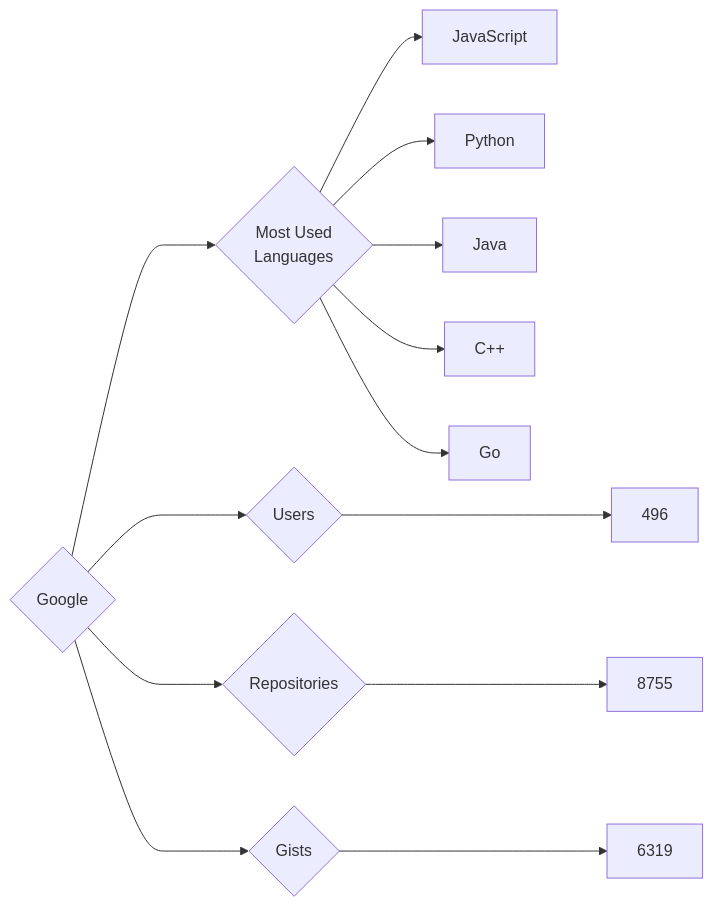
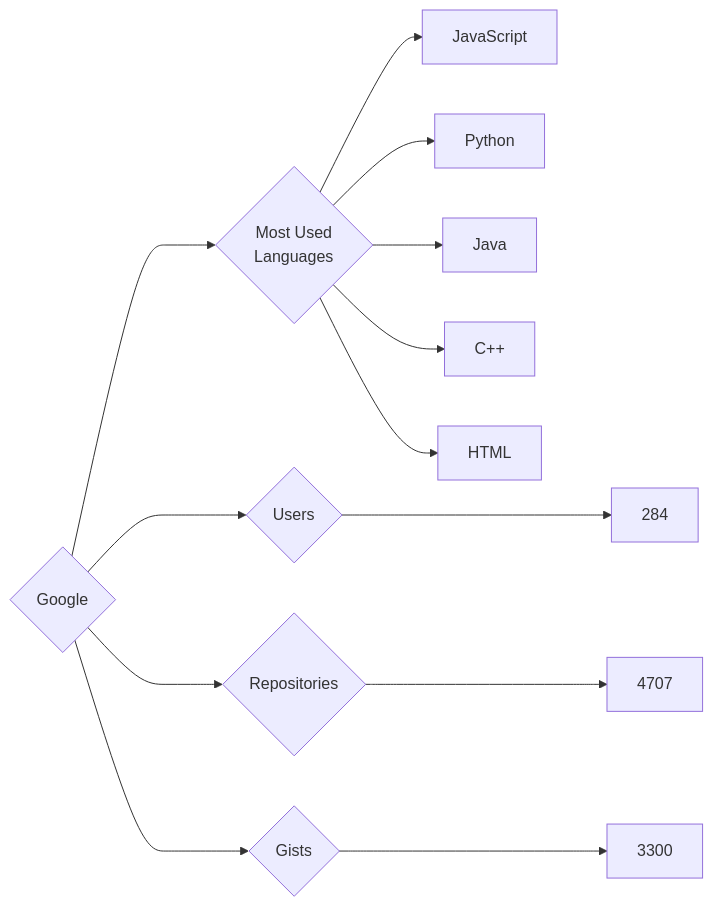
One commit to trickest/insiders changed the diagram in targets/Google/README.md. Above: the diagram before and after it, drawn with Mermaid. The commit also changed 861 other files, not shown here.

````diff
--- a/targets/Google/README.md
+++ b/targets/Google/README.md
@@ -3,13 +3,13 @@
 ```mermaid
 graph LR
 COMPANY_NAME{Google}
-COMPANY_NAME ---> U{Users} ---> UN[496]
-COMPANY_NAME ---> R{Repositories} ---> RN[8755]
-COMPANY_NAME ---> G{Gists} ---> GN[6319]
+COMPANY_NAME ---> U{Users} ---> UN[284]
+COMPANY_NAME ---> R{Repositories} ---> RN[4707]
+COMPANY_NAME ---> G{Gists} ---> GN[3300]
 COMPANY_NAME ---> ML{Most Used<br>Languages}
 ML --> JavaScript[JavaScript]
 ML --> Python[Python]
 ML --> Java[Java]
 ML --> C++[C++]
-ML --> Go[Go]
+ML --> HTML[HTML]
 ```
````
